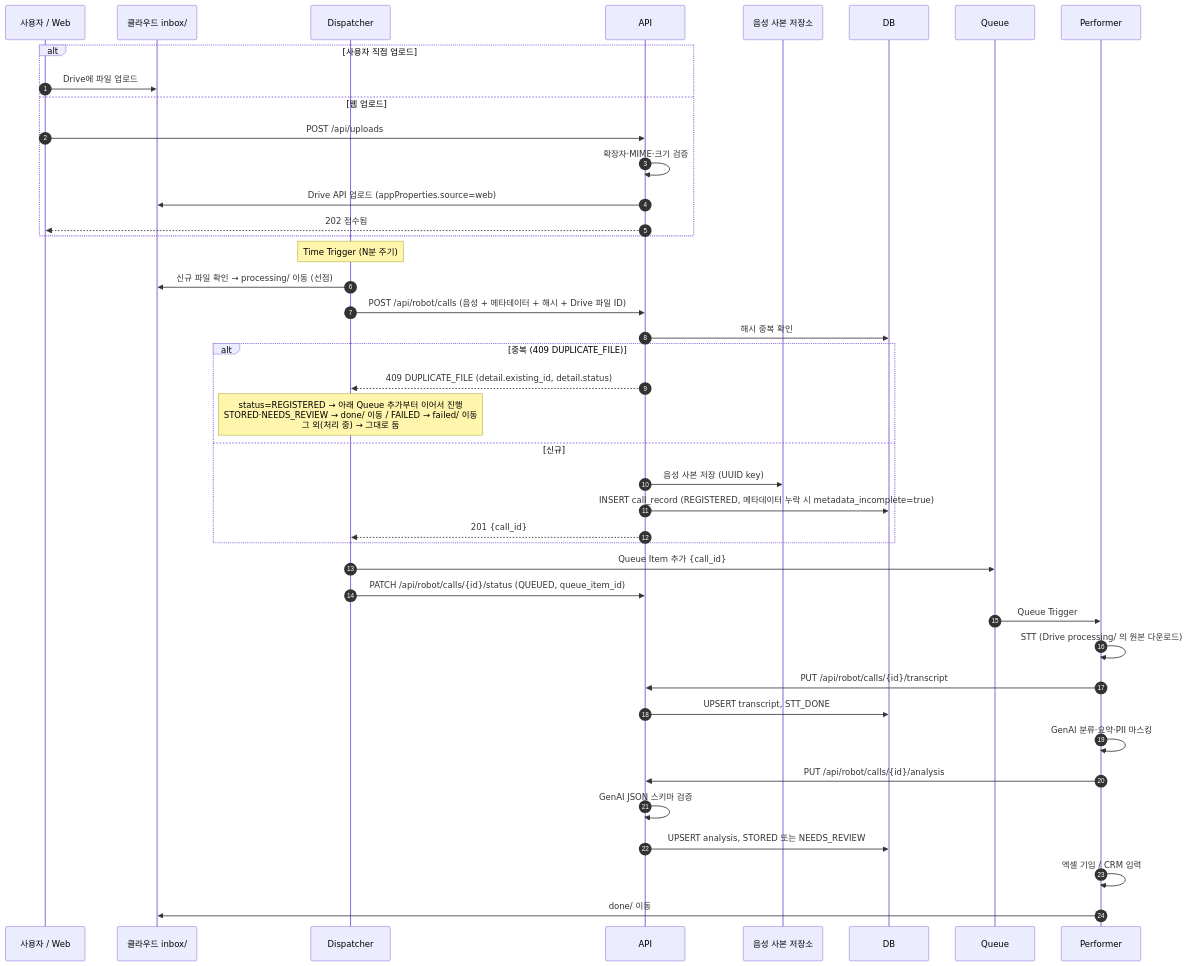
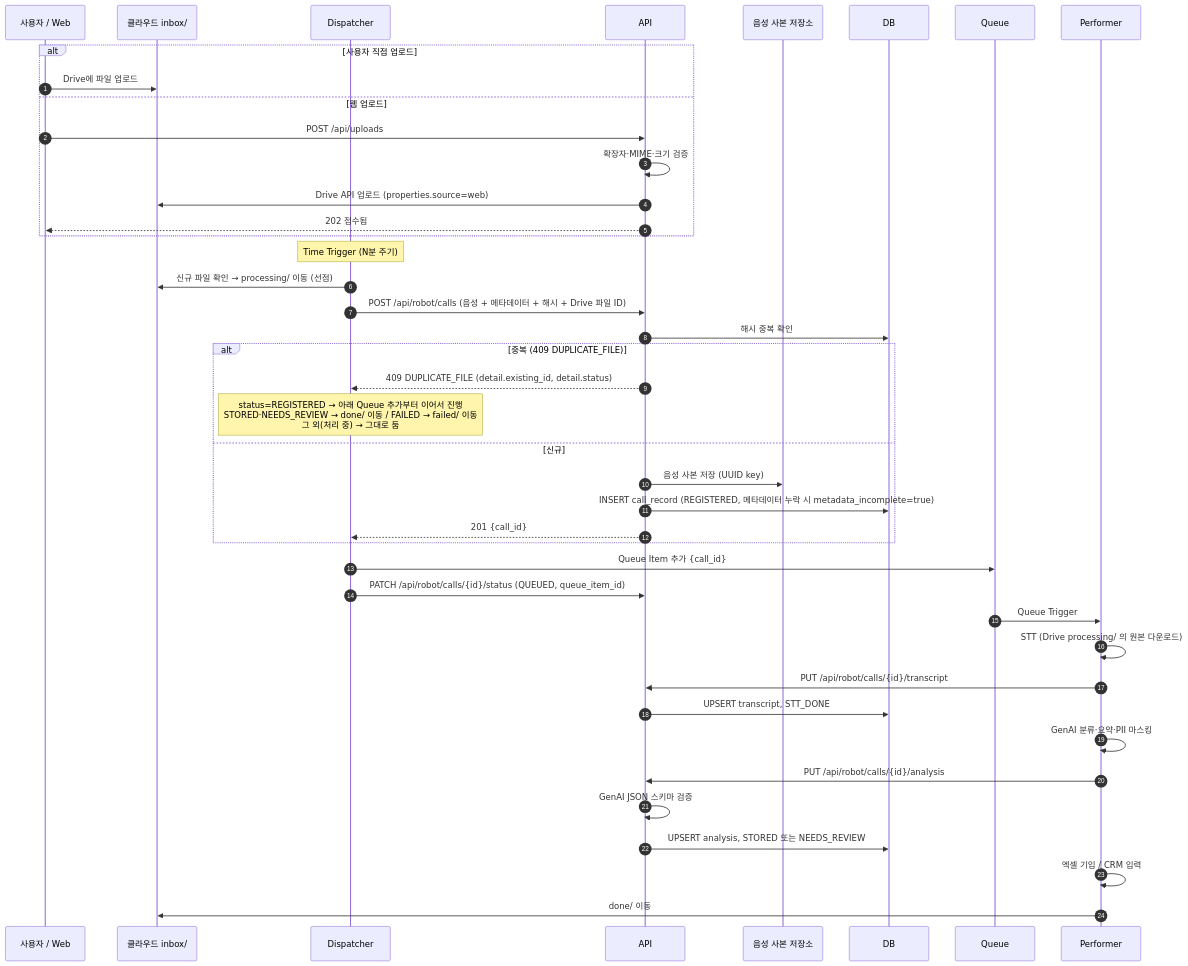
The third of 9 diagrams in backend/docs/architecture/architecture.md (siwol025/rpa), drawn with Mermaid before and after one commit. The commit also changed other lines of this file and 3 other files, not shown here.

Commit message:
docs: 웹 업로드 출처 표시를 Drive 공개 속성(properties)으로 변경

````diff
--- a/backend/docs/architecture/architecture.md
+++ b/backend/docs/architecture/architecture.md
@@ -150,47 +150,47 @@
 ```mermaid
 sequenceDiagram
     autonumber
     participant U as 사용자 / Web
     participant I as 클라우드 inbox/
     participant D as Dispatcher
     participant A as API
     participant S as 음성 사본 저장소
     participant DB as DB
     participant Q as Queue
     participant P as Performer
 
     alt 사용자 직접 업로드
         U->>I: Drive에 파일 업로드
     else 웹 업로드
         U->>A: POST /api/uploads
         A->>A: 확장자·MIME·크기 검증
-        A->>I: Drive API 업로드 (appProperties.source=web)
+        A->>I: Drive API 업로드 (properties.source=web)
         A-->>U: 202 접수됨
     end
 
     Note over D: Time Trigger (N분 주기)
     D->>I: 신규 파일 확인 → processing/ 이동 (선점)
     D->>A: POST /api/robot/calls (음성 + 메타데이터 + 해시 + Drive 파일 ID)
     A->>DB: 해시 중복 확인
     alt 중복 (409 DUPLICATE_FILE)
         A-->>D: 409 DUPLICATE_FILE (detail.existing_id, detail.status)
         Note over D: status=REGISTERED → 아래 Queue 추가부터 이어서 진행<br/>STORED·NEEDS_REVIEW → done/ 이동 / FAILED → failed/ 이동<br/>그 외(처리 중) → 그대로 둠
     else 신규
         A->>S: 음성 사본 저장 (UUID key)
         A->>DB: INSERT call_record (REGISTERED, 메타데이터 누락 시 metadata_incomplete=true)
         A-->>D: 201 {call_id}
     end
     D->>Q: Queue Item 추가 {call_id}
     D->>A: PATCH /api/robot/calls/{id}/status (QUEUED, queue_item_id)
 
     Q->>P: Queue Trigger
     P->>P: STT (Drive processing/ 의 원본 다운로드)
     P->>A: PUT /api/robot/calls/{id}/transcript
     A->>DB: UPSERT transcript, STT_DONE
     P->>P: GenAI 분류·요약·PII 마스킹
     P->>A: PUT /api/robot/calls/{id}/analysis
     A->>A: GenAI JSON 스키마 검증
     A->>DB: UPSERT analysis, STORED 또는 NEEDS_REVIEW
     P->>P: 엑셀 기입 / CRM 입력
     P->>I: done/ 이동
 ```
````
